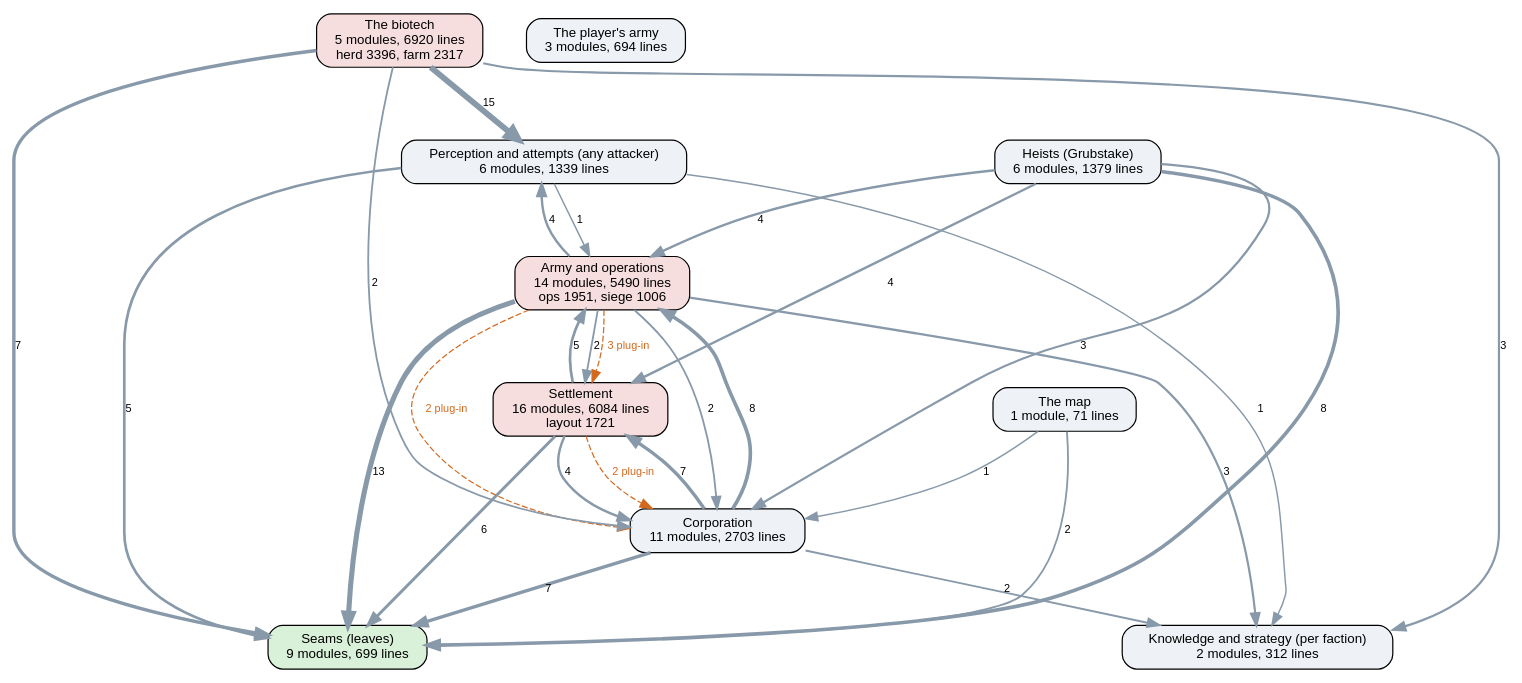
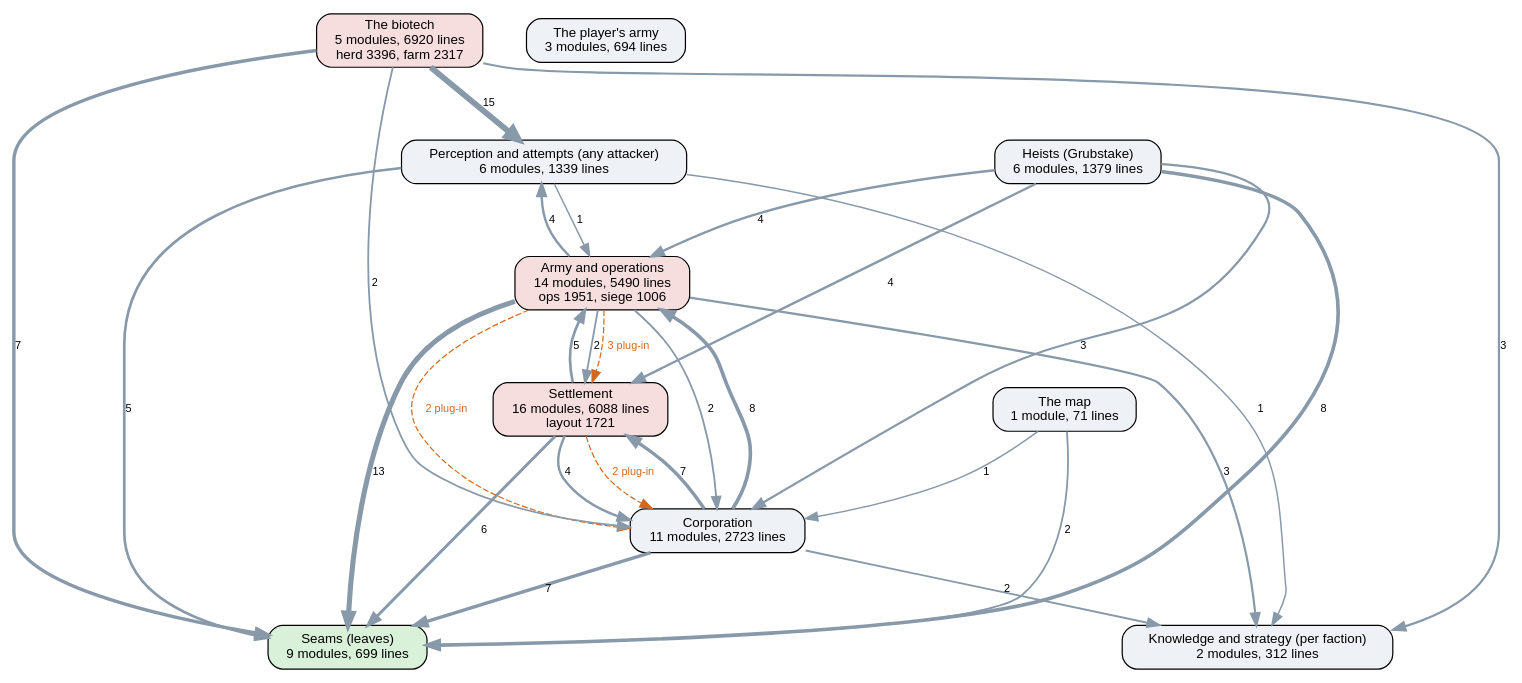
One commit to kinelhu/landing-party changed the diagram in docs/ai-layers.dot. Above: the diagram before and after it, drawn with Graphviz. The commit also changed 13 other files, not shown here.

```diff
--- a/docs/ai-layers.dot
+++ b/docs/ai-layers.dot
@@ -1,43 +1,43 @@
 digraph layers {
   graph [rankdir=TB, fontname="Helvetica", nodesep=0.5, ranksep=0.7];
   node [shape=box, style="rounded,filled", fontname="Helvetica", fontsize=11, fillcolor="#eef2f7"];
   edge [color="#8899aa", fontname="Helvetica", fontsize=9];
   "Seams (leaves)" [label="Seams (leaves)\n9 modules, 699 lines", fillcolor="#d9f0d9"];
   "Perception and attempts (any attacker)" [label="Perception and attempts (any attacker)\n6 modules, 1339 lines", fillcolor="#eef2f7"];
   "Knowledge and strategy (per faction)" [label="Knowledge and strategy (per faction)\n2 modules, 312 lines", fillcolor="#eef2f7"];
-  "Corporation" [label="Corporation\n11 modules, 2703 lines", fillcolor="#eef2f7"];
-  "Settlement" [label="Settlement\n16 modules, 6084 lines\nlayout 1721", fillcolor="#f7dede"];
+  "Corporation" [label="Corporation\n11 modules, 2723 lines", fillcolor="#eef2f7"];
+  "Settlement" [label="Settlement\n16 modules, 6088 lines\nlayout 1721", fillcolor="#f7dede"];
   "Army and operations" [label="Army and operations\n14 modules, 5490 lines\nops 1951, siege 1006", fillcolor="#f7dede"];
   "Heists (Grubstake)" [label="Heists (Grubstake)\n6 modules, 1379 lines", fillcolor="#eef2f7"];
   "The biotech" [label="The biotech\n5 modules, 6920 lines\nherd 3396, farm 2317", fillcolor="#f7dede"];
   "The map" [label="The map\n1 module, 71 lines", fillcolor="#eef2f7"];
   "The player's army" [label="The player's army\n3 modules, 694 lines", fillcolor="#eef2f7"];
   "Army and operations" -> "Corporation" [label="2", penwidth=1.5];
   "Army and operations" -> "Knowledge and strategy (per faction)" [label="3", penwidth=1.8];
   "Army and operations" -> "Perception and attempts (any attacker)" [label="4", penwidth=2.0];
   "Army and operations" -> "Seams (leaves)" [label="13", penwidth=4.2];
   "Army and operations" -> "Settlement" [label="2", penwidth=1.5];
   "Corporation" -> "Army and operations" [label="8", penwidth=3.0];
   "Corporation" -> "Knowledge and strategy (per faction)" [label="2", penwidth=1.5];
   "Corporation" -> "Seams (leaves)" [label="7", penwidth=2.8];
   "Corporation" -> "Settlement" [label="7", penwidth=2.8];
   "Heists (Grubstake)" -> "Army and operations" [label="4", penwidth=2.0];
   "Heists (Grubstake)" -> "Corporation" [label="3", penwidth=1.8];
   "Heists (Grubstake)" -> "Seams (leaves)" [label="8", penwidth=3.0];
   "Heists (Grubstake)" -> "Settlement" [label="4", penwidth=2.0];
   "Perception and attempts (any attacker)" -> "Army and operations" [label="1", penwidth=1.2];
   "Perception and attempts (any attacker)" -> "Knowledge and strategy (per faction)" [label="1", penwidth=1.2];
   "Perception and attempts (any attacker)" -> "Seams (leaves)" [label="5", penwidth=2.2];
   "Settlement" -> "Army and operations" [label="5", penwidth=2.2];
   "Settlement" -> "Corporation" [label="4", penwidth=2.0];
   "Settlement" -> "Seams (leaves)" [label="6", penwidth=2.5];
   "The biotech" -> "Corporation" [label="2", penwidth=1.5];
   "The biotech" -> "Knowledge and strategy (per faction)" [label="3", penwidth=1.8];
   "The biotech" -> "Perception and attempts (any attacker)" [label="15", penwidth=4.8];
   "The biotech" -> "Seams (leaves)" [label="7", penwidth=2.8];
   "The map" -> "Corporation" [label="1", penwidth=1.2];
   "The map" -> "Seams (leaves)" [label="2", penwidth=1.5];
   "Army and operations" -> "Corporation" [style=dashed, color="#d2691e", fontcolor="#d2691e", label="2 plug-in"];
   "Army and operations" -> "Settlement" [style=dashed, color="#d2691e", fontcolor="#d2691e", label="3 plug-in"];
   "Settlement" -> "Corporation" [style=dashed, color="#d2691e", fontcolor="#d2691e", label="2 plug-in"];
 }
```
